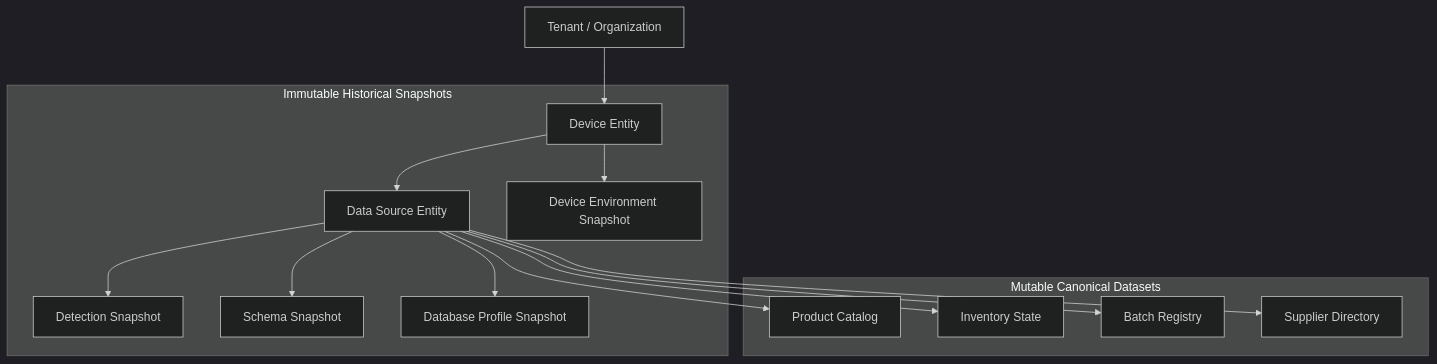
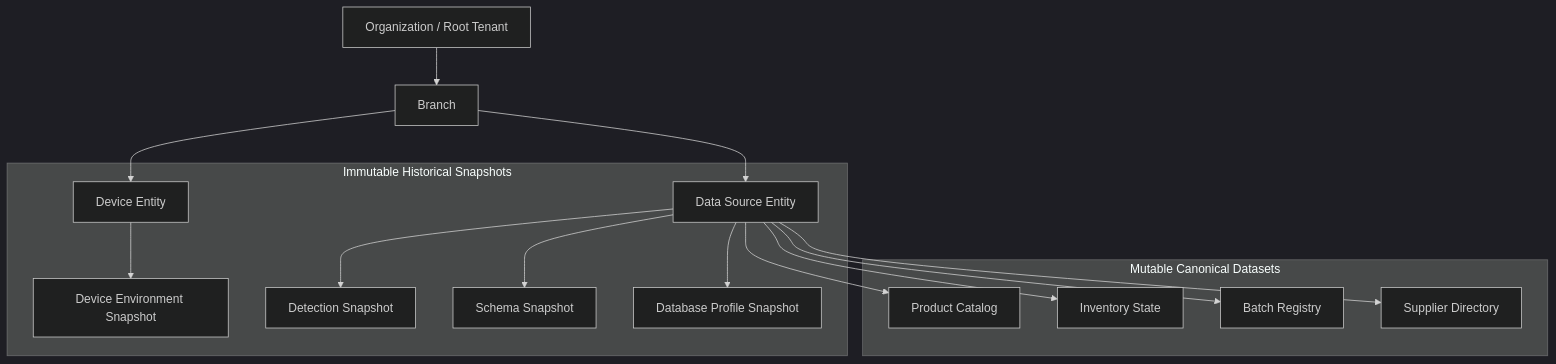
One commit to AhmedHassanDev1/pharma-signal changed the diagram in BACKEND_CONTRACT_DESIGN.md. Above: the diagram before and after it, drawn with Mermaid (dark theme). The commit also changed other lines of this file and 84 other files, not shown here.

````diff
--- a/BACKEND_CONTRACT_DESIGN.md
+++ b/BACKEND_CONTRACT_DESIGN.md
@@ -173,19 +173,20 @@
 ```mermaid
 graph TD
-    Tenant[Tenant / Organization] --> Device[Device Entity]
-    Device --> DataSource[Data Source Entity]
+    Org[Organization / Root Tenant] --> Branch[Branch]
+    Branch --> Device[Device Entity]
+    Branch --> DataSource[Data Source Entity]
     
     subgraph Snapshots [Immutable Historical Snapshots]
         Device --> EnvSnap[Device Environment Snapshot]
         DataSource --> DetSnap[Detection Snapshot]
         DataSource --> SchemaSnap[Schema Snapshot]
         DataSource --> ProfSnap[Database Profile Snapshot]
     end
     
     subgraph Canonical [Mutable Canonical Datasets]
         DataSource --> ProductDS[Product Catalog]
         DataSource --> InventoryDS[Inventory State]
         DataSource --> BatchDS[Batch Registry]
         DataSource --> SupplierDS[Supplier Directory]
     end
 ```
````
